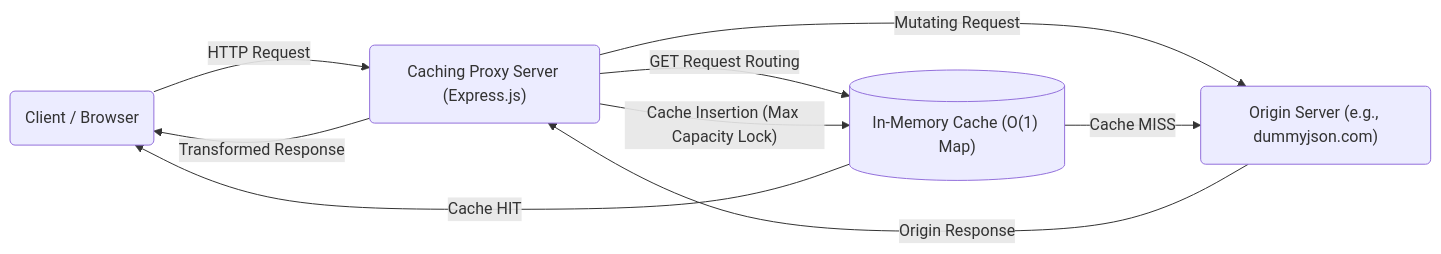
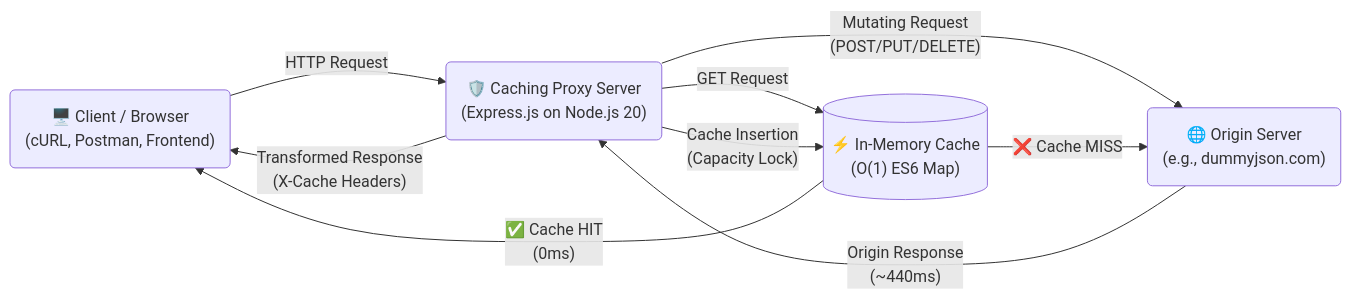
Before and after one commit to sherlock-hashed/Kshama: the fifth of 21 diagrams in README.md, drawn with Mermaid. The commit also changed other lines of this file, not shown here.

Commit message:
docs: comprehensive README rewrite with HLD, LLD, 21 mermaid diagrams, interview Q&A bank

````diff
--- a/README.md
+++ b/README.md
@@ -16,16 +233,16 @@
 ```mermaid
 flowchart LR
-    Client("Client / Browser")
-    Proxy("Caching Proxy Server (Express.js)")
-    Cache[("In-Memory Cache (O(1) Map)")]
-    Origin("Origin Server (e.g., dummyjson.com)")
+    Client("🖥️ Client / Browser\n(cURL, Postman, Frontend)")
+    Proxy("🛡️ Caching Proxy Server\n(Express.js on Node.js 20)")
+    Cache[("⚡ In-Memory Cache\n(O(1) ES6 Map)")]
+    Origin("🌐 Origin Server\n(e.g., dummyjson.com)")
 
     Client -- "HTTP Request" --> Proxy
-    Proxy -- "Mutating Request" --> Origin
-    Proxy -- "GET Request Routing" --> Cache
-    Cache -- "Cache HIT" --> Client
-    Cache -- "Cache MISS" --> Origin
-    Origin -- "Origin Response" --> Proxy
-    Proxy -- "Cache Insertion (Max Capacity Lock)" --> Cache
-    Proxy -- "Transformed Response" --> Client
+    Proxy -- "Mutating Request\n(POST/PUT/DELETE)" --> Origin
+    Proxy -- "GET Request" --> Cache
+    Cache -- "✅ Cache HIT\n(0ms)" --> Client
+    Cache -- "❌ Cache MISS" --> Origin
+    Origin -- "Origin Response\n(~440ms)" --> Proxy
+    Proxy -- "Cache Insertion\n(Capacity Lock)" --> Cache
+    Proxy -- "Transformed Response\n(X-Cache Headers)" --> Client
 ```
````
